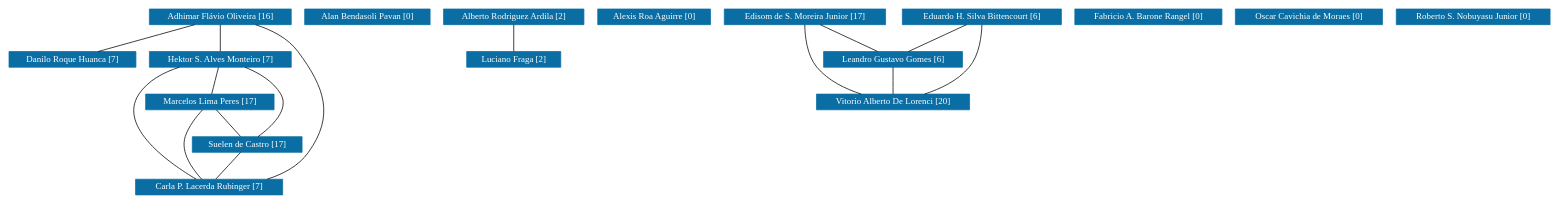
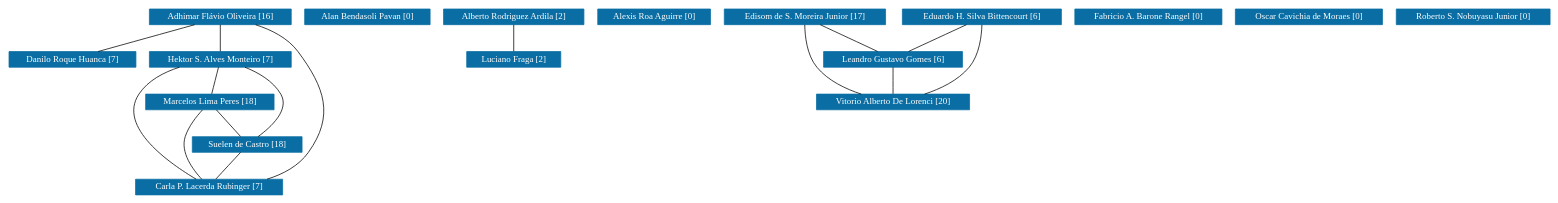
One commit to icamps/unifal-lattes.github.io changed the diagram in UNIFEI/grafoDeColaboracoesSemPesos.dot. Above: the diagram before and after it, drawn with Graphviz. The commit also changed 1227 other files, not shown here.

```diff
--- a/UNIFEI/grafoDeColaboracoesSemPesos.dot
+++ b/UNIFEI/grafoDeColaboracoesSemPesos.dot
@@ -1,145 +1,145 @@
 strict graph grafo1 {
 	graph [bb="0,0,1717,249",
 		id=grafo1,
 		overlap=False
 	];
 	node [fontsize=12,
 		label="\N",
 		shape=rectangle,
 		style=filled
 	];
 	0	 [URL="membro-1031795555698099.html",
 		color="#0A6EA4",
 		fontcolor="#FFFFFF",
 		height=0.29167,
 		label="Adhimar Flávio Oliveira [16]",
 		pos="234.5,238.5",
 		width=2.1389];
 	4	 [URL="membro-8697679642900908.html",
 		color="#0A6EA4",
 		fontcolor="#FFFFFF",
 		height=0.29167,
 		label="Danilo Roque Huanca [7]",
 		pos="69.5,181.5",
 		width=1.9306];
 	0 -- 4	 [pos="203.85,227.91 174.21,217.67 129.57,202.25 99.984,192.03"];
 	8	 [URL="membro-2145668168587564.html",
 		color="#0A6EA4",
 		fontcolor="#FFFFFF",
 		height=0.29167,
 		label="Hektor S. Alves Monteiro [7]",
 		pos="234.5,181.5",
 		width=2.1528];
 	0 -- 8	 [pos="234.5,227.78 234.5,217.59 234.5,202.35 234.5,192.17"];
 	15	 [URL="membro-5158730912554506.html",
 		color="#0A6EA4",
 		fontcolor="#FFFFFF",
 		height=0.29167,
 		label="Carla P. Lacerda Rubinger [7]",
 		pos="223.5,10.5",
 		width=2.1944];
 	0 -- 15	 [pos="270,227.99 288.01,220.79 308.56,209.34 320.5,192 354.74,142.28 369.02,107.21 335.5,57 323.4,38.877 302.78,27.807 282.5,21.05"];
 	8 -- 15	 [pos="190.42,170.91 171.64,163.98 151.55,152.79 140.5,135 113.78,91.966 175.92,42.255 207.06,21.008"];
 	11	 [URL="membro-0335350966509134.html",
 		color="#0A6EA4",
 		fontcolor="#FFFFFF",
 		height=0.29167,
-		label="Marcelos Lima Peres [17]",
+		label="Marcelos Lima Peres [18]",
 		pos="219.5,124.5",
 		width=1.9306];
 	8 -- 11	 [pos="231.68,170.78 229,160.59 224.99,145.35 222.31,135.17"];
 	13	 [URL="membro-9126744461400749.html",
 		color="#0A6EA4",
 		fontcolor="#FFFFFF",
 		height=0.29167,
-		label="Suelen de Castro [17]",
+		label="Suelen de Castro [18]",
 		pos="267.5,67.5",
 		width=1.6528];
 	8 -- 13	 [pos="258.19,170.96 272.41,163.24 289.29,151.26 297.5,135 307.44,115.31 290.48,91.607 278.28,78.173"];
 	11 -- 15	 [pos="212.26,113.62 204.34,100.36 193.41,77.232 198.5,57 201.81,43.845 209.65,30.359 215.67,21.321"];
 	11 -- 13	 [pos="228.53,113.78 237.11,103.59 249.94,88.348 258.51,78.173"];
 	13 -- 15	 [pos="259.22,56.779 251.36,46.588 239.59,31.348 231.74,21.173"];
 	1	 [URL="membro-8154959660506192.html",
 		color="#0A6EA4",
 		fontcolor="#FFFFFF",
 		height=0.29167,
 		label="Alan Bendasoli Pavan [0]",
 		pos="399.5,238.5",
 		width=1.9306];
 	2	 [URL="membro-7982796939759440.html",
 		color="#0A6EA4",
 		fontcolor="#FFFFFF",
 		height=0.29167,
 		label="Alberto Rodriguez Ardila [2]",
 		pos="564.5,238.5",
 		width=2.1528];
 	10	 [URL="membro-6549869827105994.html",
 		color="#0A6EA4",
 		fontcolor="#FFFFFF",
 		height=0.29167,
 		label="Luciano Fraga [2]",
 		pos="564.5,181.5",
 		width=1.4167];
 	2 -- 10	 [pos="564.5,227.78 564.5,217.59 564.5,202.35 564.5,192.17"];
 	3	 [URL="membro-3842382209626823.html",
 		color="#0A6EA4",
 		fontcolor="#FFFFFF",
 		height=0.29167,
 		label="Alexis Roa Aguirre [0]",
 		pos="722.5,238.5",
 		width=1.7361];
 	5	 [URL="membro-7966592529955054.html",
 		color="#0A6EA4",
 		fontcolor="#FFFFFF",
 		height=0.29167,
 		label="Edisom de S. Moreira Junior [17]",
 		pos="890.5,238.5",
 		width=2.4306];
 	9	 [URL="membro-4666057965864411.html",
 		color="#0A6EA4",
 		fontcolor="#FFFFFF",
 		height=0.29167,
 		label="Leandro Gustavo Gomes [6]",
 		pos="990.5,181.5",
 		width=2.1111];
 	5 -- 9	 [pos="909.31,227.78 927.19,217.59 953.92,202.35 971.78,192.17"];
 	14	 [URL="membro-1361400129993392.html",
 		color="#0A6EA4",
 		fontcolor="#FFFFFF",
 		height=0.29167,
 		label="Vitorio Alberto De Lorenci [20]",
 		pos="990.5,124.5",
 		width=2.3611];
 	5 -- 14	 [pos="890.26,227.79 890.48,213.46 892.81,187.89 905.5,171 918.33,153.92 939.35,142.34 957.28,135.01"];
 	9 -- 14	 [pos="990.5,170.78 990.5,160.59 990.5,145.35 990.5,135.17"];
 	6	 [URL="membro-9213789315416977.html",
 		color="#0A6EA4",
 		fontcolor="#FFFFFF",
 		height=0.29167,
 		label="Eduardo H. Silva Bittencourt [6]",
 		pos="1090.5,238.5",
 		width=2.3889];
 	6 -- 9	 [pos="1071.7,227.78 1053.8,217.59 1027.1,202.35 1009.2,192.17"];
 	6 -- 14	 [pos="1090.7,227.79 1090.5,213.46 1088.2,187.89 1075.5,171 1062.7,153.92 1041.6,142.34 1023.7,135.01"];
 	7	 [URL="membro-2436691587435689.html",
 		color="#0A6EA4",
 		fontcolor="#FFFFFF",
 		height=0.29167,
 		label="Fabricio A. Barone Rangel [0]",
 		pos="1275.5,238.5",
 		width=2.2361];
 	12	 [URL="membro-0422047938601624.html",
 		color="#0A6EA4",
 		fontcolor="#FFFFFF",
 		height=0.29167,
 		label="Oscar Cavichia de Moraes [0]",
 		pos="1453.5,238.5",
 		width=2.1944];
 	16	 [URL="membro-6458988217441388.html",
 		color="#0A6EA4",
 		fontcolor="#FFFFFF",
 		height=0.29167,
 		label="Roberto S. Nobuyasu Junior [0]",
 		pos="1633.5,238.5",
 		width=2.3194];
 }
```
